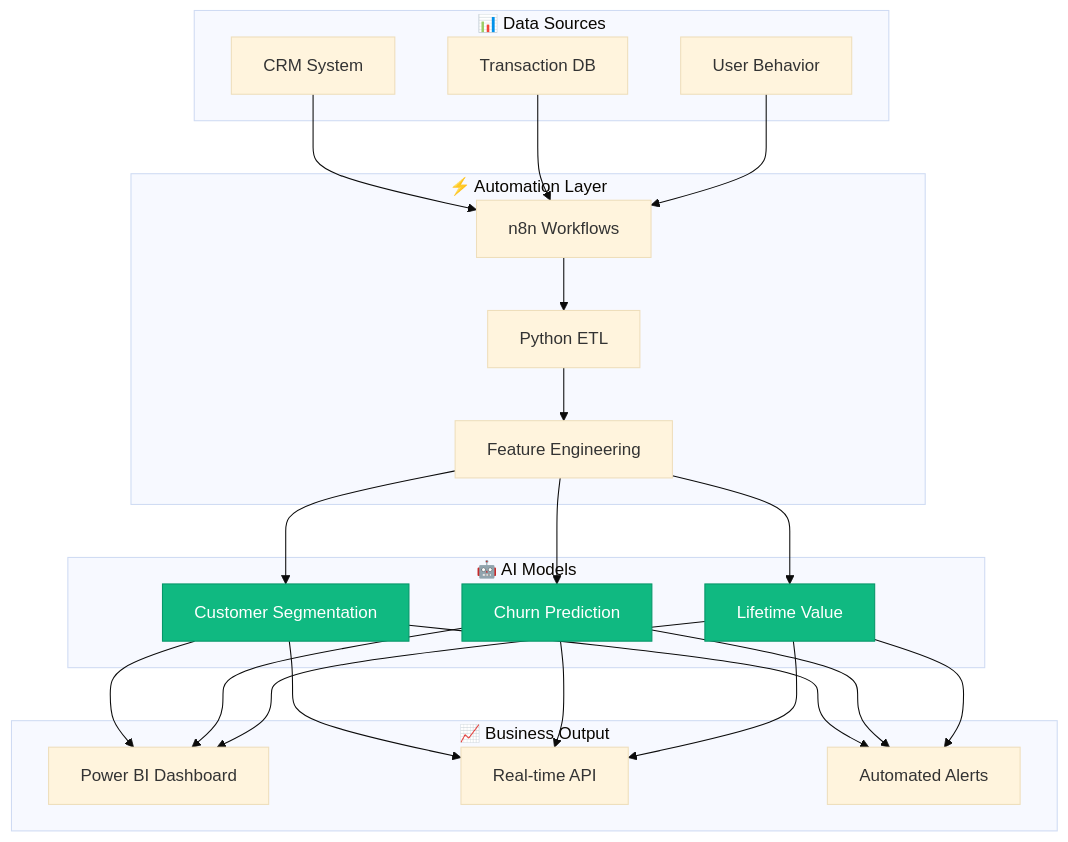
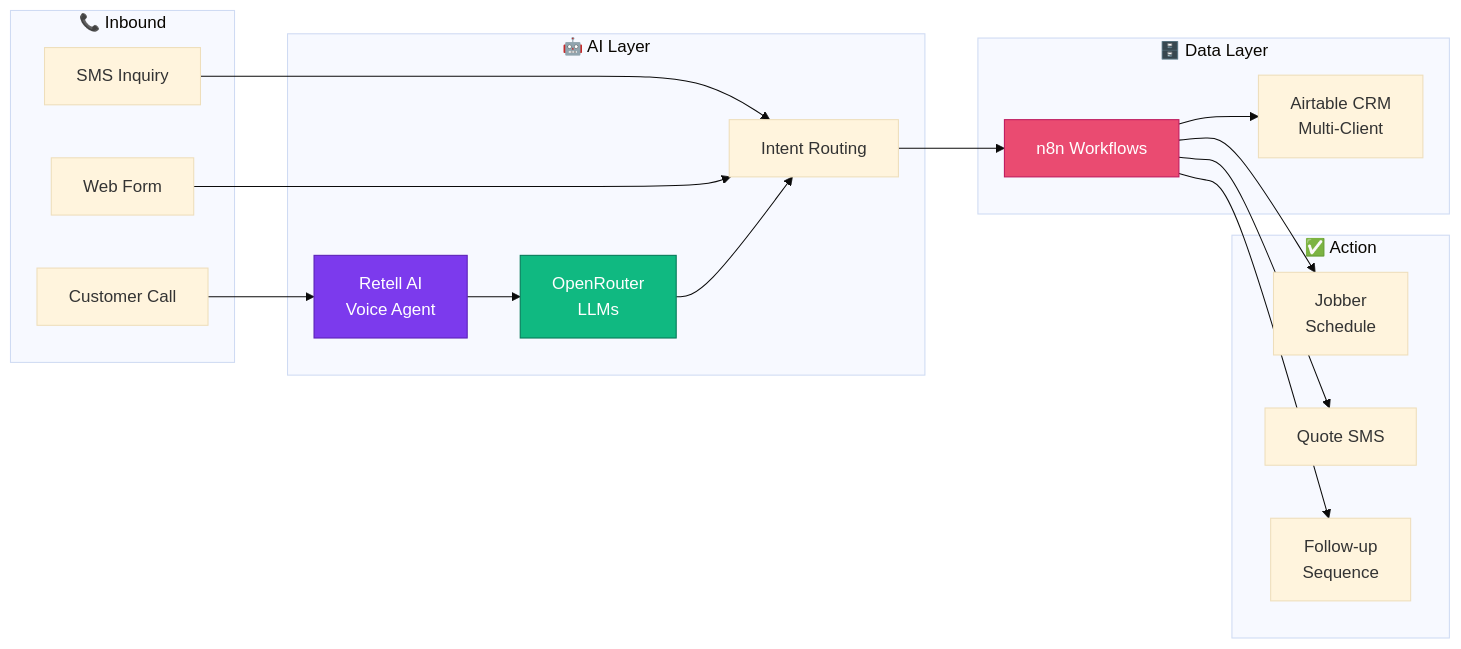
One commit to nafiul00/nafiulislam changed the third of 4 diagrams in README.md. Above: the diagram before and after it, drawn with Mermaid (base theme). The commit also changed other lines of this file, not shown here.

````diff
--- a/README.md
+++ b/README.md
@@ -270,35 +388,37 @@
 ```mermaid
-flowchart TB
-    subgraph sources["📊 Data Sources"]
-        A1[CRM System]
-        A2[Transaction DB]
-        A3[User Behavior]
+flowchart LR
+    subgraph IN["📞 Inbound"]
+        A1[Customer Call]
+        A2[SMS Inquiry]
+        A3[Web Form]
     end
-    
-    subgraph automation["⚡ Automation Layer"]
-        B1[n8n Workflows]
-        B2[Python ETL]
-        B3[Feature Engineering]
+
+    subgraph AI["🤖 AI Layer"]
+        B1[Retell AI<br/>Voice Agent]
+        B2[OpenRouter<br/>LLMs]
+        B3[Intent Routing]
     end
-    
-    subgraph ai["🤖 AI Models"]
-        C1[Customer Segmentation]
-        C2[Churn Prediction]
-        C3[Lifetime Value]
+
+    subgraph DATA["🗄️ Data Layer"]
+        C1[Airtable CRM<br/>Multi-Client]
+        C2[n8n Workflows]
     end
-    
-    subgraph output["📈 Business Output"]
-        D1[Power BI Dashboard]
-        D2[Real-time API]
-        D3[Automated Alerts]
+
+    subgraph OUT["✅ Action"]
+        D1[Jobber<br/>Schedule]
+        D2[Quote SMS]
+        D3[Follow-up<br/>Sequence]
     end
-    
-    A1 & A2 & A3 --> B1
+
+    A1 --> B1
+    A2 --> B3
+    A3 --> B3
     B1 --> B2 --> B3
-    B3 --> C1 & C2 & C3
-    C1 & C2 & C3 --> D1 & D2 & D3
-    
-    style C1 fill:#10b981,stroke:#059669,color:#fff
-    style C2 fill:#10b981,stroke:#059669,color:#fff
-    style C3 fill:#10b981,stroke:#059669,color:#fff
+    B3 --> C2
+    C2 --> C1
+    C2 --> D1 & D2 & D3
+
+    style B1 fill:#7C3AED,stroke:#5B21B6,color:#fff
+    style B2 fill:#10B981,stroke:#047857,color:#fff
+    style C2 fill:#EA4B71,stroke:#BE185D,color:#fff
 ```
````
